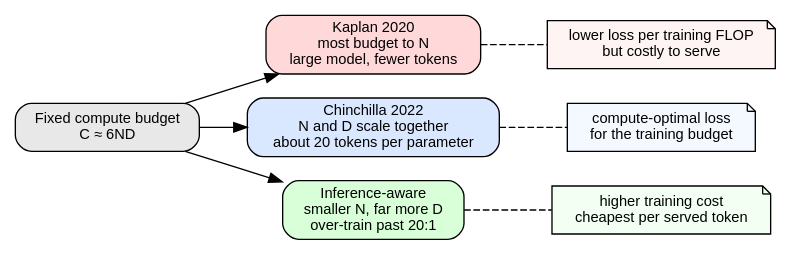
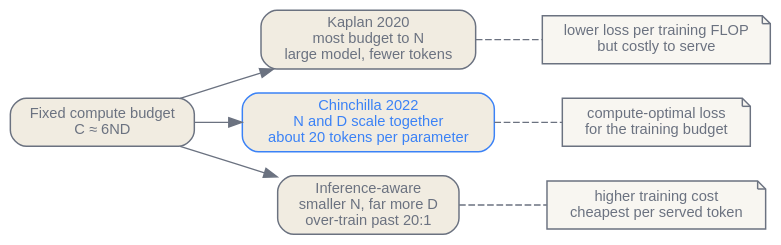
Before and after one commit to latere-ai/ai-as-an-infrastructure: the first of 2 diagrams in en/p1-foundations/03-scaling-laws.qmd, drawn with Graphviz. The commit also changed 186 other files, not shown here.

First line of the commit message:
book: visual audit pass on all diagrams and figures

````diff
--- a/en/p1-foundations/03-scaling-laws.qmd
+++ b/en/p1-foundations/03-scaling-laws.qmd
@@ -80,27 +80,28 @@
 ```{dot}
 //| label: fig-scaling-allocation
 //| fig-cap: "How a fixed training-compute budget C is approximately 6ND splits into parameters N and tokens D under three sizing rules. After Kaplan et al. (2020), Hoffmann et al. (2022), and inference-aware scaling."
 digraph allocation {
   rankdir=LR;
-  node [shape=box, style="rounded,filled", fontname="Helvetica", fontsize=11];
-  edge [fontname="Helvetica", fontsize=10];
+  bgcolor="transparent";
+  node [shape=box, style="rounded,filled", fontname="Helvetica", fontsize=11, color="#6b7280", fontcolor="#6b7280", fillcolor="#f1ece1", penwidth=1.1];
+  edge [fontname="Helvetica", fontsize=10, color="#6b7280", fontcolor="#6b7280"];
 
-  budget [label="Fixed compute budget\nC ≈ 6ND", fillcolor="#e8e8e8"];
+  budget [label="Fixed compute budget\nC ≈ 6ND"];
 
-  kaplan [label="Kaplan 2020\nmost budget to N\nlarge model, fewer tokens", fillcolor="#ffd9d9"];
-  chin [label="Chinchilla 2022\nN and D scale together\nabout 20 tokens per parameter", fillcolor="#d9e8ff"];
-  infer [label="Inference-aware\nsmaller N, far more D\nover-train past 20:1", fillcolor="#d9ffd9"];
+  kaplan [label="Kaplan 2020\nmost budget to N\nlarge model, fewer tokens"];
+  chin [label="Chinchilla 2022\nN and D scale together\nabout 20 tokens per parameter", color="#3b82f6", fontcolor="#3b82f6"];
+  infer [label="Inference-aware\nsmaller N, far more D\nover-train past 20:1"];
 
   budget -> kaplan;
   budget -> chin;
   budget -> infer;
 
   kaplan -> k_out [arrowhead=none, style=dashed];
   chin -> c_out [arrowhead=none, style=dashed];
   infer -> i_out [arrowhead=none, style=dashed];
 
-  k_out [shape=note, fillcolor="#fff4f4", label="lower loss per training FLOP\nbut costly to serve"];
-  c_out [shape=note, fillcolor="#f4f8ff", label="compute-optimal loss\nfor the training budget"];
-  i_out [shape=note, fillcolor="#f4fff4", label="higher training cost\ncheapest per served token"];
+  k_out [shape=note, style=filled, fillcolor="#f8f6f1", label="lower loss per training FLOP\nbut costly to serve"];
+  c_out [shape=note, style=filled, fillcolor="#f8f6f1", label="compute-optimal loss\nfor the training budget"];
+  i_out [shape=note, style=filled, fillcolor="#f8f6f1", label="higher training cost\ncheapest per served token"];
 }
 ```
````
